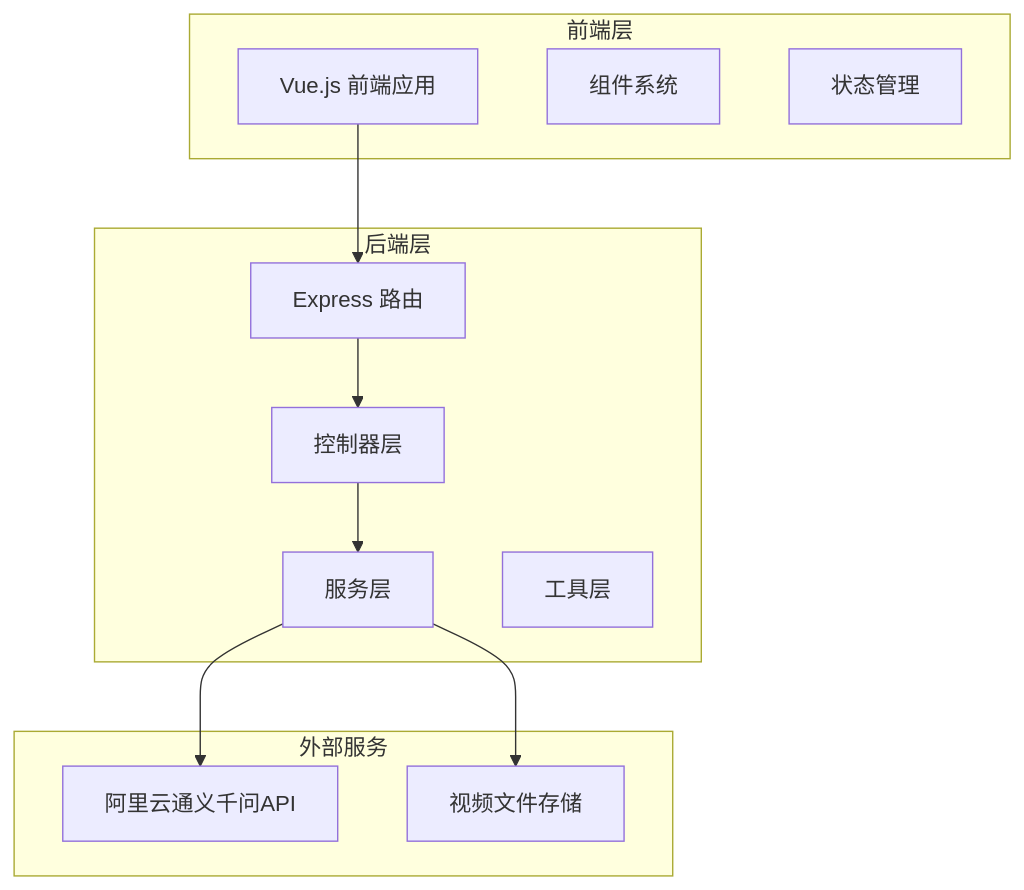
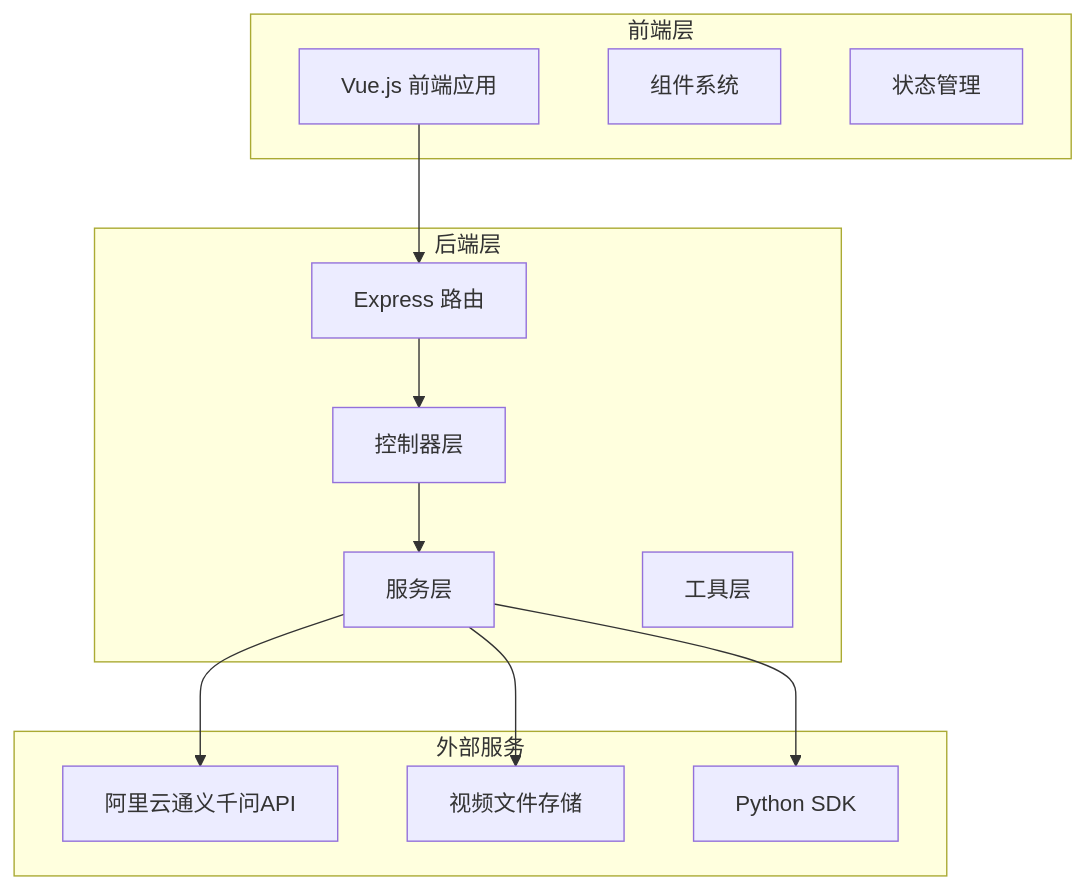
One commit to yuxiaoxiao2025/newvedio-project changed the first of 11 diagrams in .qoder/repowiki/zh/content/后端架构/服务层设计/AI服务.md. Above: the diagram before and after it, drawn with Mermaid. The commit also changed other lines of this file and 11 other files, not shown here.

````diff
--- a/.qoder/repowiki/zh/content/后端架构/服务层设计/AI服务.md
+++ b/.qoder/repowiki/zh/content/后端架构/服务层设计/AI服务.md
@@ -38,23 +49,25 @@
 ```mermaid
 graph TB
 subgraph "前端层"
 A[Vue.js 前端应用]
 B[组件系统]
 C[状态管理]
 end
 subgraph "后端层"
 D[Express 路由]
 E[控制器层]
 F[服务层]
 G[工具层]
 end
 subgraph "外部服务"
 H[阿里云通义千问API]
 I[视频文件存储]
+J[Python SDK]
 end
 A --> D
 D --> E
 E --> F
 F --> H
 F --> I
+F --> J
 ```
````
